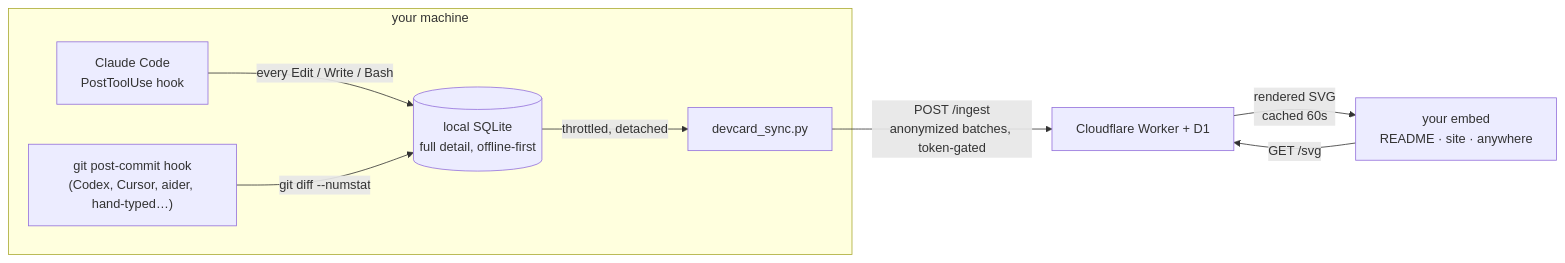
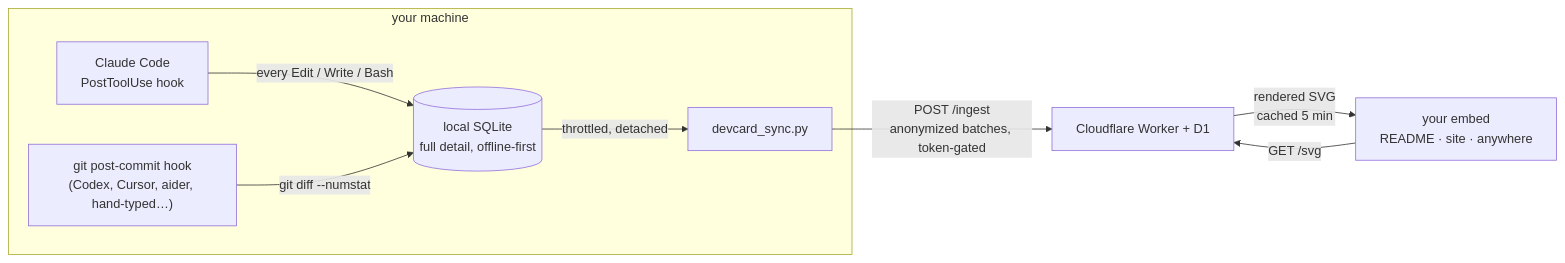
The diagram in README.md (augbastos/devcard), drawn with Mermaid before and after one commit. The commit also changed other lines of this file and 4 other files, not shown here.

````diff
--- a/README.md
+++ b/README.md
@@ -41,11 +60,11 @@
 ```mermaid
 flowchart LR
     subgraph M["your machine"]
         CC["Claude Code<br/>PostToolUse hook"] -->|"every Edit / Write / Bash"| DB[("local SQLite<br/>full detail, offline-first")]
         GT["git post-commit hook<br/>(Codex, Cursor, aider, hand-typed…)"] -->|"git diff --numstat"| DB
         DB -->|"throttled, detached"| SY["devcard_sync.py"]
     end
     SY -->|"POST /ingest<br/>anonymized batches, token-gated"| W["Cloudflare Worker + D1"]
     E["your embed<br/>README · site · anywhere"] -->|"GET /svg"| W
-    W -->|"rendered SVG<br/>cached 60s"| E
+    W -->|"rendered SVG<br/>cached 5 min"| E
 ```
````
